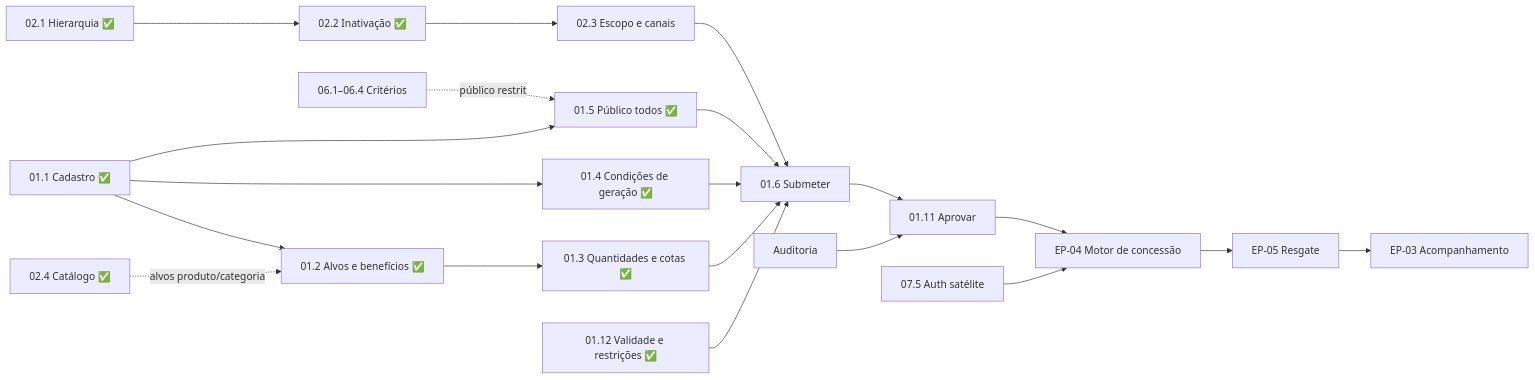
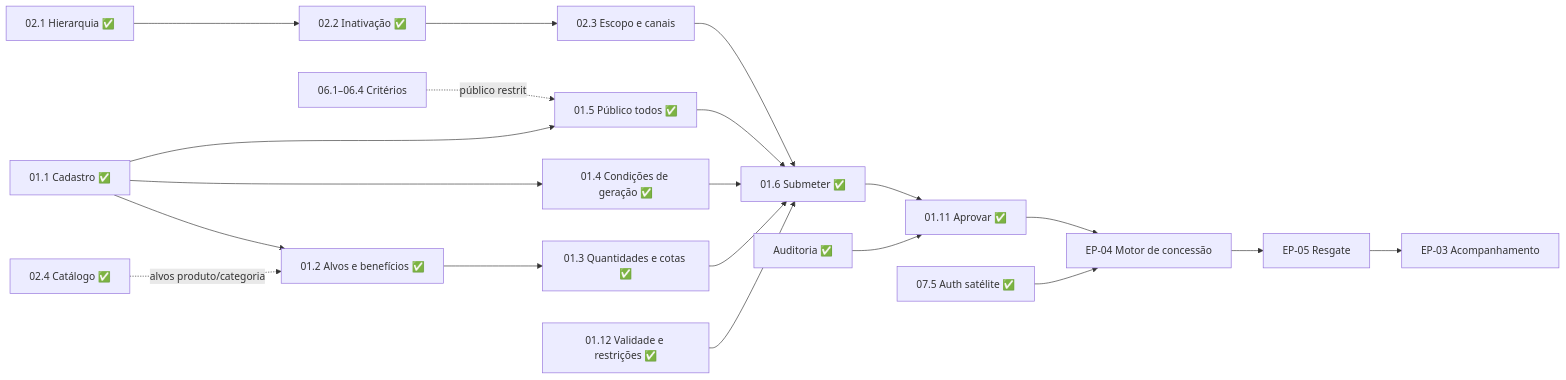
Before and after one commit to squad-30-residencia-iv/backend-api: the diagram in docs/ROADMAP.md, drawn with Mermaid. The commit also changed other lines of this file and 62 other files, not shown here.

````diff
--- a/docs/ROADMAP.md
+++ b/docs/ROADMAP.md
@@ -29,18 +31,18 @@
 ```mermaid
 flowchart LR
     U011["01.1 Cadastro ✅"] --> U012["01.2 Alvos e benefícios ✅"]
     U024["02.4 Catálogo ✅"] -.alvos produto/categoria.-> U012
     U012 --> U013["01.3 Quantidades e cotas ✅"]
     U011 --> U014["01.4 Condições de geração ✅"]
     U011 --> U015["01.5 Público todos ✅"]
     EP06["06.1–06.4 Critérios"] -.público restrito.-> U015
     U021["02.1 Hierarquia ✅"] --> U022["02.2 Inativação ✅"] --> U023["02.3 Escopo e canais"]
     U0112["01.12 Validade e restrições ✅"]
-    U013 & U014 & U015 & U023 & U0112 --> U016["01.6 Submeter"]
-    U016 --> U0111["01.11 Aprovar"]
-    AUD["Auditoria"] --> U0111
+    U013 & U014 & U015 & U023 & U0112 --> U016["01.6 Submeter ✅"]
+    U016 --> U0111["01.11 Aprovar ✅"]
+    AUD["Auditoria ✅"] --> U0111
     U0111 --> EP04["EP-04 Motor de concessão"]
-    U075["07.5 Auth satélite"] --> EP04
+    U075["07.5 Auth satélite ✅"] --> EP04
     EP04 --> EP05["EP-05 Resgate"]
     EP05 --> EP03["EP-03 Acompanhamento"]
 ```
````
